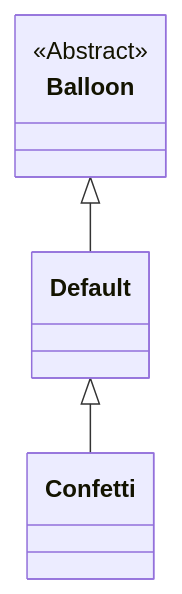
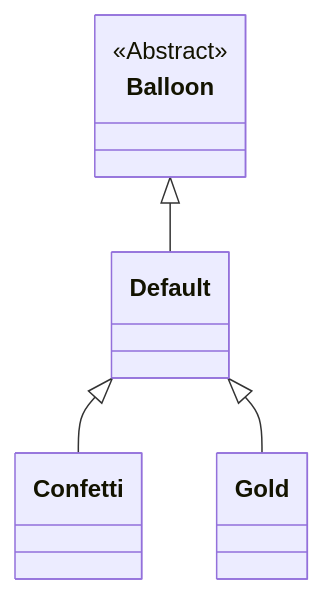
The second of 3 diagrams in docs/README.md (SimonStnn/pop-a-loon), drawn with Mermaid before and after one commit. The commit also changed other lines of this file, not shown here.

Commit message:
Document Gold balloon spawn chance and add it to the inharitance tree

````diff
--- a/docs/README.md
+++ b/docs/README.md
@@ -282,8 +283,9 @@
 ```mermaid
 classDiagram
 direction BT
 class Balloon { <<Abstract>> }
 
 Default --|> Balloon
 Confetti --|> Default
+Gold --|> Default
 ```
````
